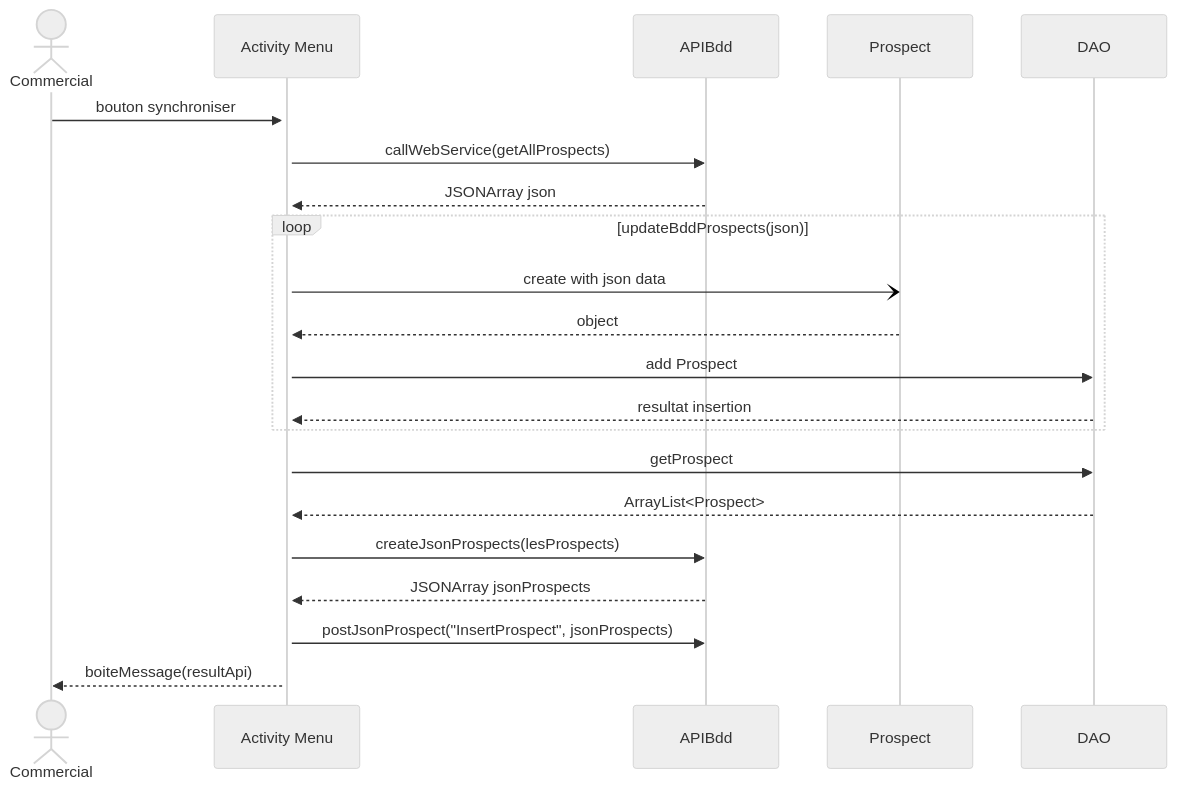
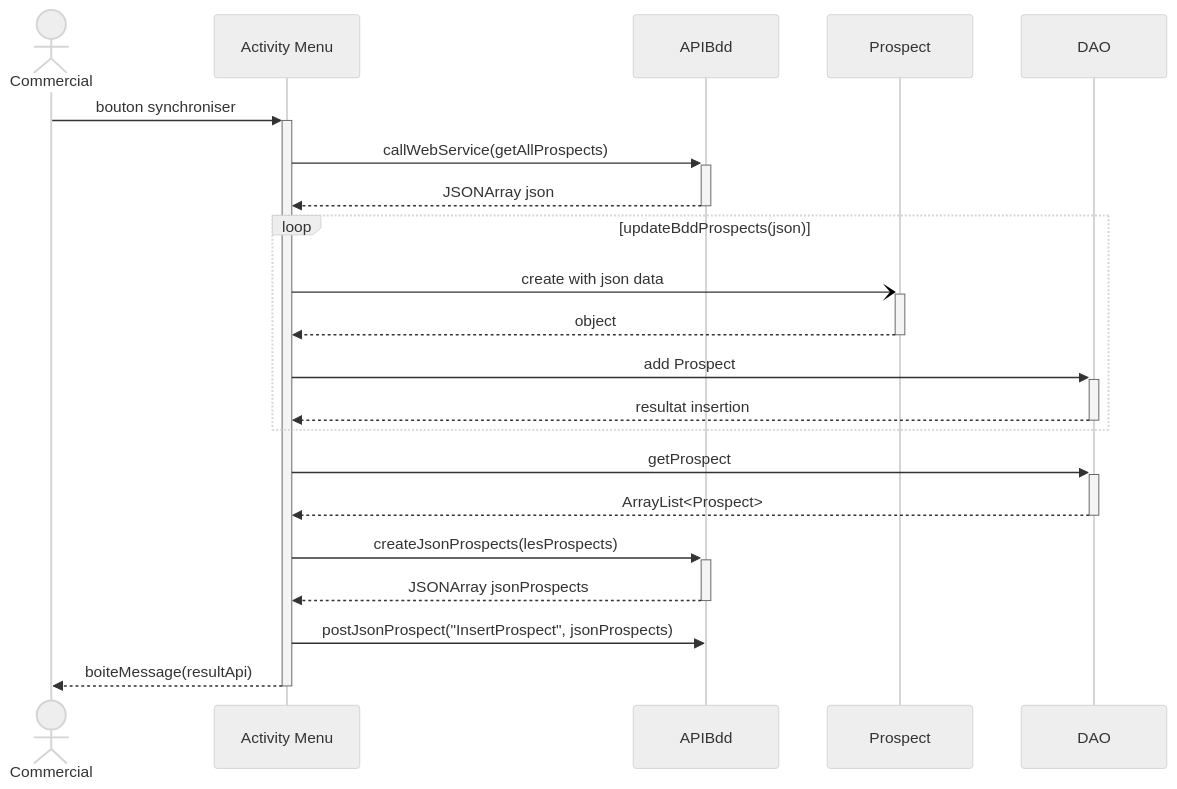
One commit to LhoMars/ProspectsManagement changed the diagram in docs/javaAndroid/menuActivity.md. Above: the diagram before and after it, drawn with Mermaid (neutral theme). The commit also changed 5 other files, not shown here.

````diff
--- a/docs/javaAndroid/menuActivity.md
+++ b/docs/javaAndroid/menuActivity.md
@@ -9,20 +9,20 @@
 ``` mermaid
 sequenceDiagram
 actor Commercial
 
   Commercial ->>+ Activity Menu: bouton synchroniser  
-  Activity Menu ->> APIBdd: callWebService(getAllProspects)  
-  APIBdd -->> Activity Menu: JSONArray json
+  Activity Menu ->>+ APIBdd: callWebService(getAllProspects)  
+  APIBdd -->>- Activity Menu: JSONArray json
   loop updateBddProspects(json)
-      Activity Menu -) Prospect: create with json data
-      Prospect -->> Activity Menu: object
-      Activity Menu ->> DAO: add Prospect
-      DAO -->> Activity Menu: resultat insertion
+      Activity Menu -)+ Prospect: create with json data
+      Prospect -->>- Activity Menu: object
+      Activity Menu ->>+ DAO: add Prospect
+      DAO -->>- Activity Menu: resultat insertion
   end
-  Activity Menu ->> DAO: getProspect
-  DAO -->> Activity Menu: ArrayList<Prospect>
-  Activity Menu ->> APIBdd: createJsonProspects(lesProspects)
-  APIBdd -->> Activity Menu: JSONArray jsonProspects
+  Activity Menu ->>+ DAO: getProspect
+  DAO -->>- Activity Menu: ArrayList<Prospect>
+  Activity Menu ->>+ APIBdd: createJsonProspects(lesProspects)
+  APIBdd -->>- Activity Menu: JSONArray jsonProspects
   Activity Menu ->> APIBdd: postJsonProspect("InsertProspect", jsonProspects)  
-  Activity Menu -->> Commercial: boiteMessage(resultApi)
+  Activity Menu -->>- Commercial: boiteMessage(resultApi)
 ```
````
